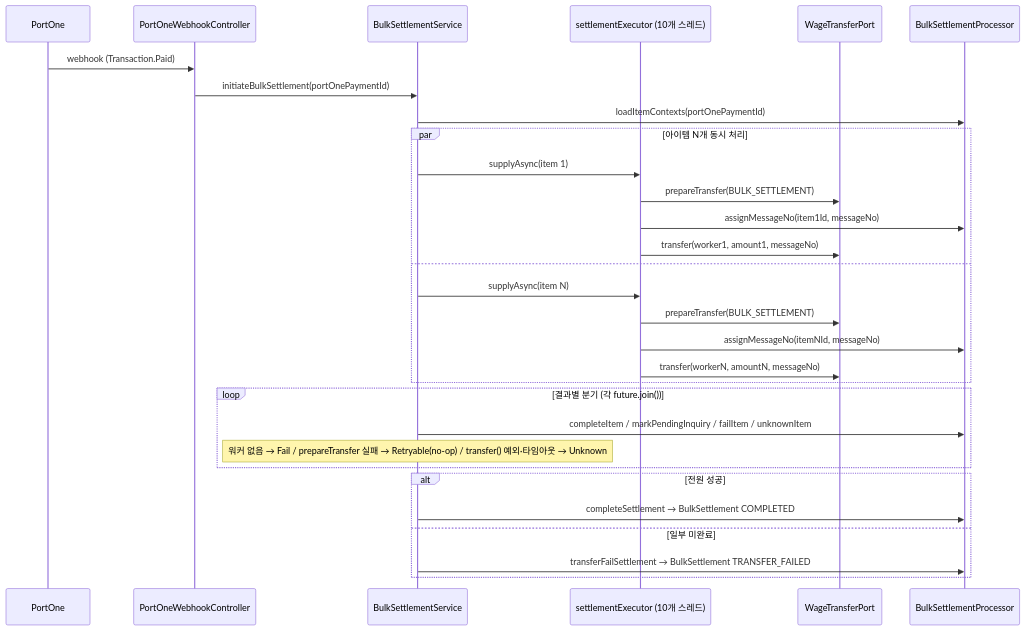
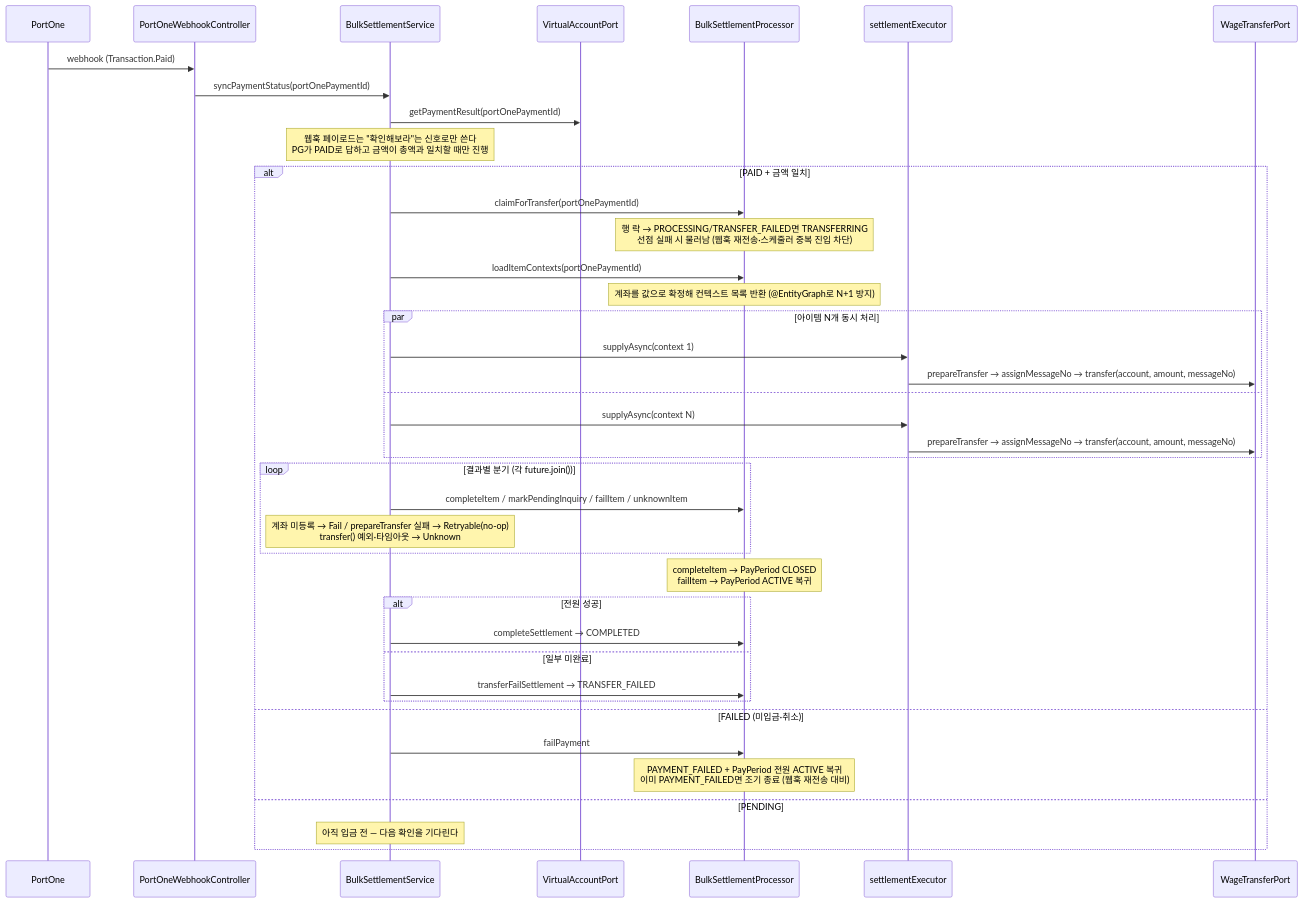
Before and after one commit to YOUHEETAE/wage-clock: the fifth of 6 diagrams in docs/diagrams/sequence-diagram.md, drawn with Mermaid. The commit also changed other lines of this file and 1 other file, not shown here.

Commit message:
docs: update diagrams for settlement lock states and transfer contexts

````diff
--- a/docs/diagrams/sequence-diagram.md
+++ b/docs/diagrams/sequence-diagram.md
@@ -140,36 +193,49 @@
 ```mermaid
 sequenceDiagram
     participant PortOne
     participant Controller as PortOneWebhookController
     participant BulkSettlementService
-    participant Executor as settlementExecutor (10개 스레드)
+    participant VirtualAccountPort
+    participant BulkSettlementProcessor
+    participant Executor as settlementExecutor
     participant WageTransferPort
-    participant BulkSettlementProcessor
 
     PortOne->>Controller: webhook (Transaction.Paid)
-    Controller->>BulkSettlementService: initiateBulkSettlement(portOnePaymentId)
-    BulkSettlementService->>BulkSettlementProcessor: loadItemContexts(portOnePaymentId)
+    Controller->>BulkSettlementService: syncPaymentStatus(portOnePaymentId)
 
-    par 아이템 N개 동시 처리
-        BulkSettlementService->>Executor: supplyAsync(item 1)
-        Executor->>WageTransferPort: prepareTransfer(BULK_SETTLEMENT)
-        Executor->>BulkSettlementProcessor: assignMessageNo(item1Id, messageNo)
-        Executor->>WageTransferPort: transfer(worker1, amount1, messageNo)
-    and
-        BulkSettlementService->>Executor: supplyAsync(item N)
-        Executor->>WageTransferPort: prepareTransfer(BULK_SETTLEMENT)
-        Executor->>BulkSettlementProcessor: assignMessageNo(itemNId, messageNo)
-        Executor->>WageTransferPort: transfer(workerN, amountN, messageNo)
-    end
+    BulkSettlementService->>VirtualAccountPort: getPaymentResult(portOnePaymentId)
+    Note over BulkSettlementService: 웹훅 페이로드는 "확인해보라"는 신호로만 쓴다<br/>PG가 PAID로 답하고 금액이 총액과 일치할 때만 진행
 
-    loop 결과별 분기 (각 future.join())
-        BulkSettlementService->>BulkSettlementProcessor: completeItem / markPendingInquiry / failItem / unknownItem
-        Note over BulkSettlementService: 워커 없음 → Fail / prepareTransfer 실패 → Retryable(no-op) / transfer() 예외·타임아웃 → Unknown
-    end
+    alt PAID + 금액 일치
+        BulkSettlementService->>BulkSettlementProcessor: claimForTransfer(portOnePaymentId)
+        Note over BulkSettlementProcessor: 행 락 → PROCESSING/TRANSFER_FAILED면 TRANSFERRING<br/>선점 실패 시 물러남 (웹훅 재전송·스케줄러 중복 진입 차단)
 
-    alt 전원 성공
-        BulkSettlementService->>BulkSettlementProcessor: completeSettlement → BulkSettlement COMPLETED
-    else 일부 미완료
-        BulkSettlementService->>BulkSettlementProcessor: transferFailSettlement → BulkSettlement TRANSFER_FAILED
+        BulkSettlementService->>BulkSettlementProcessor: loadItemContexts(portOnePaymentId)
+        Note over BulkSettlementProcessor: 계좌를 값으로 확정해 컨텍스트 목록 반환 (@EntityGraph로 N+1 방지)
+
+        par 아이템 N개 동시 처리
+            BulkSettlementService->>Executor: supplyAsync(context 1)
+            Executor->>WageTransferPort: prepareTransfer → assignMessageNo → transfer(account, amount, messageNo)
+        and
+            BulkSettlementService->>Executor: supplyAsync(context N)
+            Executor->>WageTransferPort: prepareTransfer → assignMessageNo → transfer(account, amount, messageNo)
+        end
+
+        loop 결과별 분기 (각 future.join())
+            BulkSettlementService->>BulkSettlementProcessor: completeItem / markPendingInquiry / failItem / unknownItem
+            Note over BulkSettlementService: 계좌 미등록 → Fail / prepareTransfer 실패 → Retryable(no-op)<br/>transfer() 예외·타임아웃 → Unknown
+        end
+        Note over BulkSettlementProcessor: completeItem → PayPeriod CLOSED<br/>failItem → PayPeriod ACTIVE 복귀
+
+        alt 전원 성공
+            BulkSettlementService->>BulkSettlementProcessor: completeSettlement → COMPLETED
+        else 일부 미완료
+            BulkSettlementService->>BulkSettlementProcessor: transferFailSettlement → TRANSFER_FAILED
+        end
+    else FAILED (미입금·취소)
+        BulkSettlementService->>BulkSettlementProcessor: failPayment
+        Note over BulkSettlementProcessor: PAYMENT_FAILED + PayPeriod 전원 ACTIVE 복귀<br/>이미 PAYMENT_FAILED면 조기 종료 (웹훅 재전송 대비)
+    else PENDING
+        Note over BulkSettlementService: 아직 입금 전 — 다음 확인을 기다린다
     end
 ```
````
